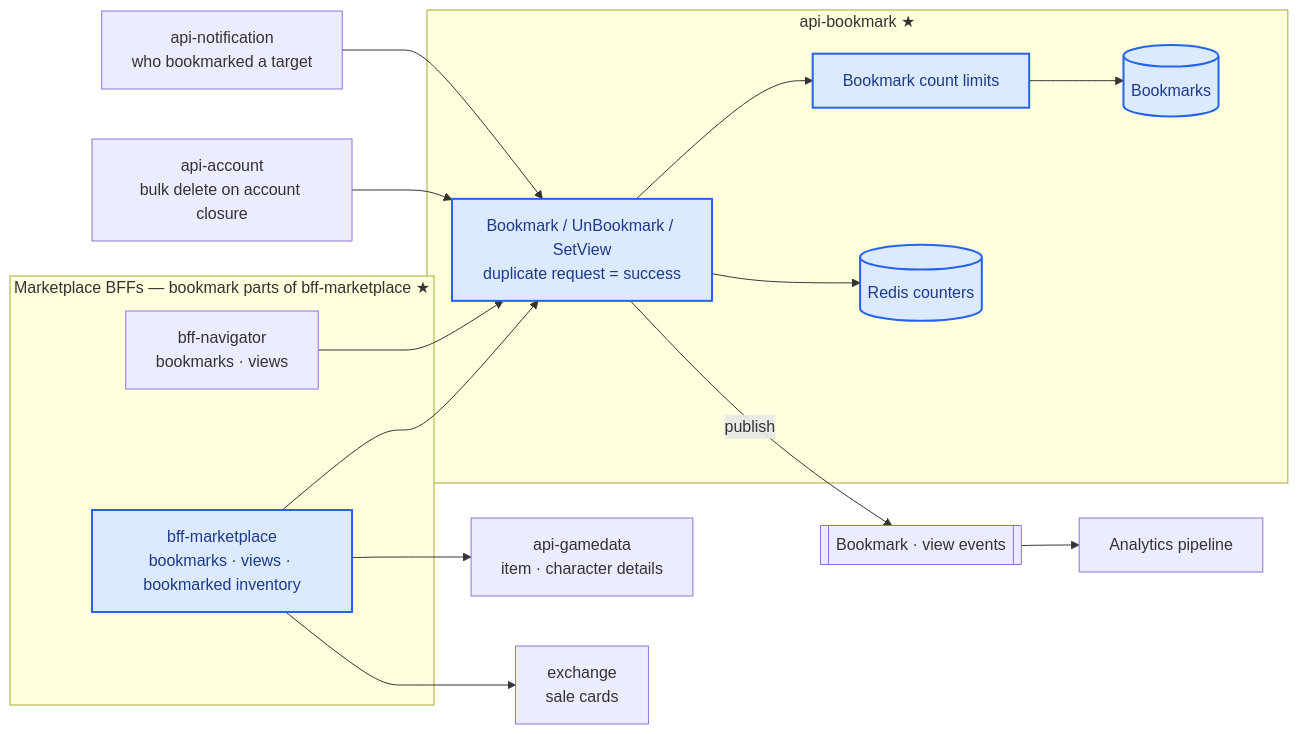
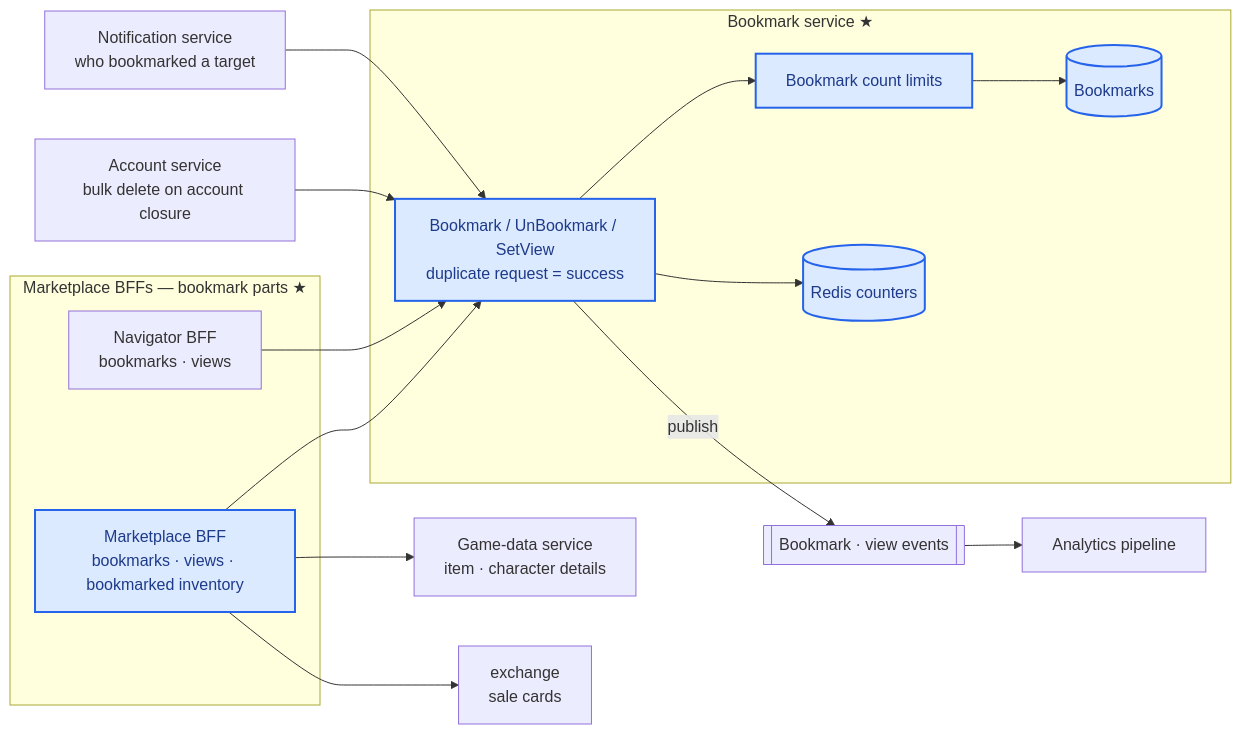
The diagram in content/diagrams/bookmark.en.mmd (shalwxy/career), drawn with Mermaid before and after one commit. The commit also changed 24 other files, not shown here.

```diff
--- a/content/diagrams/bookmark.en.mmd
+++ b/content/diagrams/bookmark.en.mmd
@@ -1,24 +1,24 @@
-%% title: api-bookmark — bookmarks / view counts and marketplace BFFs
+%% title: Bookmark service — view counts & marketplace BFF integration
 flowchart LR
-    subgraph BFF["Marketplace BFFs — bookmark parts of bff-marketplace ★"]
-        M[bff-marketplace<br/>bookmarks · views · bookmarked inventory]
-        NV[bff-navigator<br/>bookmarks · views]
+    subgraph BFF["Marketplace BFFs — bookmark parts ★"]
+        M[Marketplace BFF<br/>bookmarks · views · bookmarked inventory]
+        NV[Navigator BFF<br/>bookmarks · views]
     end
-    subgraph BK[api-bookmark ★]
+    subgraph BK[Bookmark service ★]
         H[Bookmark / UnBookmark / SetView<br/>duplicate request = success]
         L["Bookmark count limits"]
         PG[(Bookmarks)]
         RD[(Redis counters)]
     end
-    AC[api-account<br/>bulk delete on account closure]
-    NT[api-notification<br/>who bookmarked a target]
-    GD[api-gamedata<br/>item · character details]
+    AC[Account service<br/>bulk delete on account closure]
+    NT[Notification service<br/>who bookmarked a target]
+    GD[Game-data service<br/>item · character details]
     EX[exchange<br/>sale cards]
     K[[Bookmark · view events]]
     M & NV --> H --> L --> PG
     H --> RD
     AC & NT --> H
     H -- publish --> K --> AN[Analytics pipeline]
     M --> GD & EX
     classDef mine fill:#dbeafe,stroke:#2563eb,stroke-width:2px,color:#1e3a8a
     class M,H,L,PG,RD mine
```
